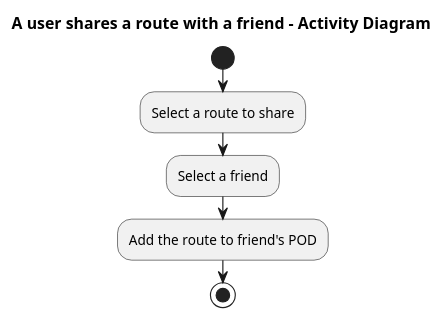
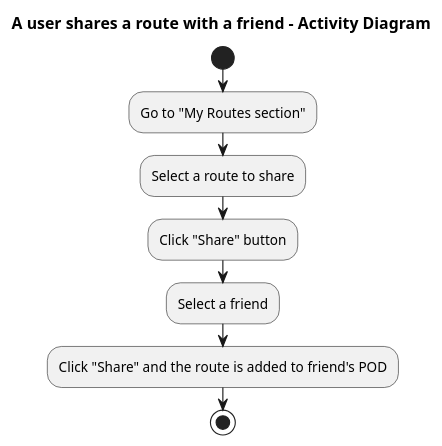
Before and after one commit to Arquisoft/viade_en1b: the diagram in src/docs/diagrams/06-02_shareRoute.puml, drawn with PlantUML. The commit also changed 2 other files, not shown here.

```diff
--- a/src/docs/diagrams/06-02_shareRoute.puml
+++ b/src/docs/diagrams/06-02_shareRoute.puml
@@ -1,11 +1,15 @@
 title A user shares a route with a friend - Activity Diagram
 
 start
 
+:Go to "My Routes section";
+
 :Select a route to share;
+
+:Click "Share" button;
 
 :Select a friend;
 
-:Add the route to friend's POD;
+:Click "Share" and the route is added to friend's POD;
 
 stop
```
